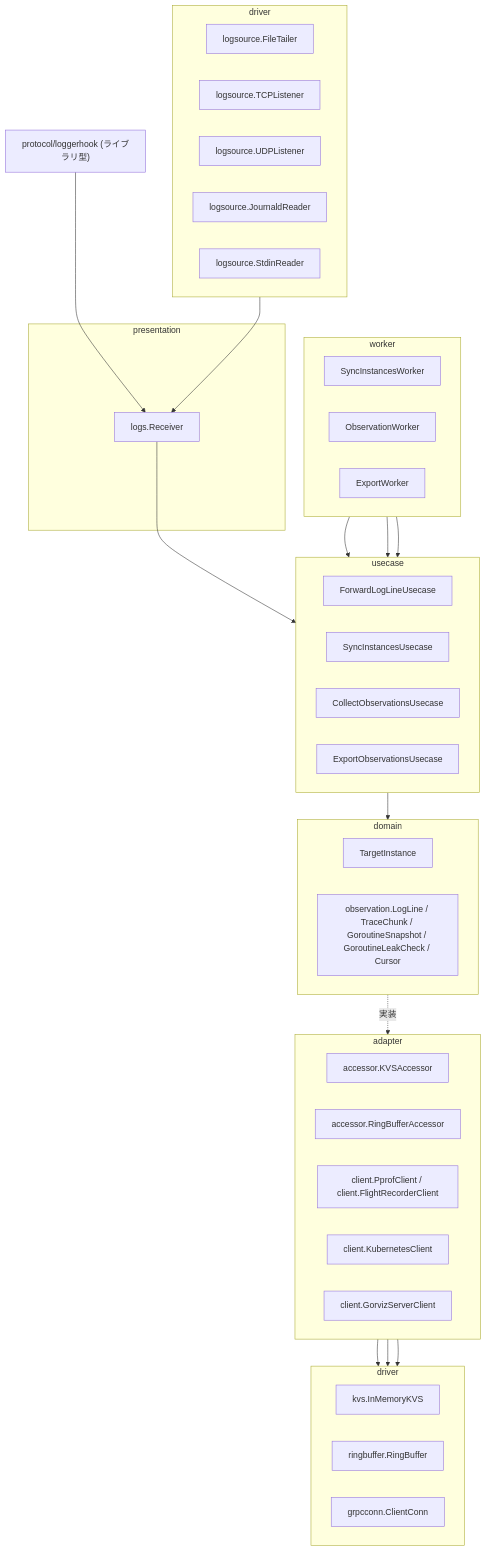
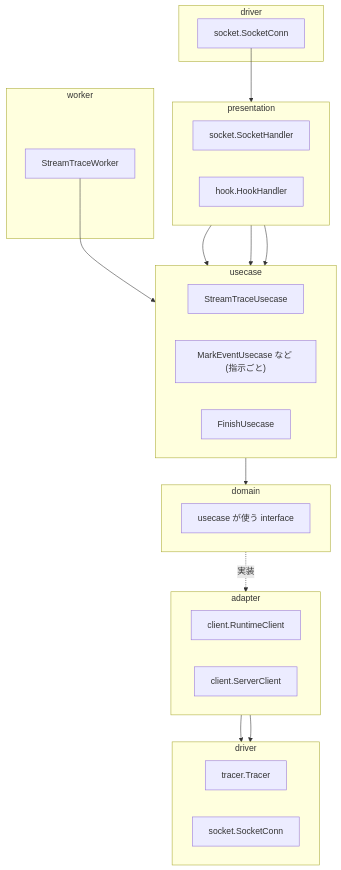
The third of 12 diagrams in docs/architecture.md (kakkky/gorviz), drawn with Mermaid before and after one commit. The commit also changed other lines of this file, not shown here.

Commit message:
docs: rework the architecture for the local tool with one gorviz binary holding the server and the cli, layer the agent injected into the app through an overlay, talk to it over one socket defined in agentsocket, and keep package names short with the details in type names

````diff
--- a/docs/architecture.md
+++ b/docs/architecture.md
@@ -122,59 +106,43 @@
 ```mermaid
 flowchart TD
     subgraph driverIn["driver"]
+        SocketConn["socket.SocketConn"]
+    end
+    subgraph presentation["presentation"]
         direction LR
-        FileTailer["logsource.FileTailer"]
-        TCPListener["logsource.TCPListener"]
-        UDPListener["logsource.UDPListener"]
-        JournaldReader["logsource.JournaldReader"]
-        StdinReader["logsource.StdinReader"]
-    end
-    LoggerHook["protocol/loggerhook (ライブラリ型)"]
-    subgraph presentation["presentation"]
-        LogHandler["logs.Receiver"]
+        SocketHandler["socket.SocketHandler"]
+        HookHandler["hook.HookHandler"]
     end
     subgraph worker["worker"]
-        direction LR
-        SyncInstancesWorker
-        ObservationWorker
-        ExportWorker
+        StreamTraceWorker
     end
     subgraph usecase["usecase"]
         direction LR
-        ForwardLogLineUsecase
-        SyncInstancesUsecase
-        CollectObservationsUsecase
-        ExportObservationsUsecase
+        StreamTraceUsecase
+        InstructionUsecases["MarkEventUsecase など (指示ごと)"]
+        FinishUsecase
     end
     subgraph domain["domain"]
-        direction LR
-        TargetInstance
-        Observation["observation.LogLine / TraceChunk / GoroutineSnapshot / GoroutineLeakCheck / Cursor"]
+        Interfaces["usecase が使う interface"]
     end
     subgraph adapter["adapter"]
         direction LR
-        KVSAccessor["accessor.KVSAccessor"]
-        RingBufferAccessor["accessor.RingBufferAccessor"]
-        RuntimeClient["client.PprofClient / client.FlightRecorderClient"]
-        KubernetesClient["client.KubernetesClient"]
-        ServerClient["client.GorvizServerClient"]
+        RuntimeClient["client.RuntimeClient"]
+        ServerClient["client.ServerClient"]
     end
     subgraph driverOut["driver"]
         direction LR
-        InMemoryKVS["kvs.InMemoryKVS"]
-        RingBuffer["ringbuffer.RingBuffer"]
-        ClientConn["grpcconn.ClientConn"]
+        Tracer["tracer.Tracer"]
+        SocketConnOut["socket.SocketConn"]
     end
 
-    driverIn --> LogHandler
-    LoggerHook --> LogHandler
-    LogHandler --> ForwardLogLineUsecase
-    SyncInstancesWorker --> SyncInstancesUsecase
-    ObservationWorker --> CollectObservationsUsecase
-    ExportWorker --> ExportObservationsUsecase
+    SocketConn --> SocketHandler
+    SocketHandler --> InstructionUsecases
+    SocketHandler --> FinishUsecase
+    StreamTraceWorker --> StreamTraceUsecase
+    HookHandler --> FinishUsecase
     usecase --> domain
     domain -. 実装 .-> adapter
-    KVSAccessor --> InMemoryKVS
-    RingBufferAccessor --> RingBuffer
-    ServerClient --> ClientConn
+    RuntimeClient --> Tracer
+    ServerClient --> SocketConnOut
 ```
````
